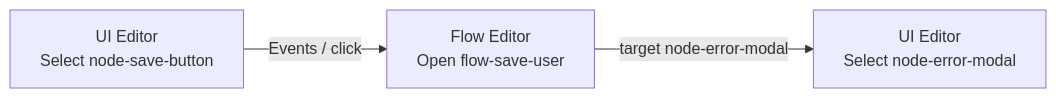
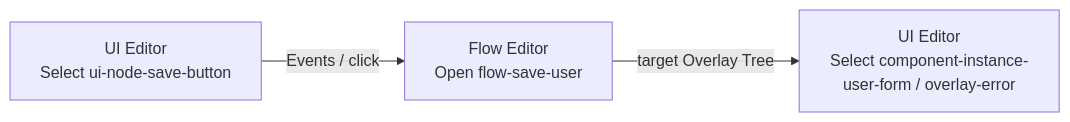
The first of 2 diagrams in docs/architecture/08-editor-preview-and-debugging.md (northwest-hcu/FlagShip), drawn with Mermaid before and after one commit. The commit also changed other lines of this file and 11 other files, not shown here.

Commit message:
docs: align architecture with component ownership model

````diff
--- a/docs/architecture/08-editor-preview-and-debugging.md
+++ b/docs/architecture/08-editor-preview-and-debugging.md
@@ -35,8 +37,8 @@
 ```mermaid
 flowchart LR
-    SelectButton["UI Editor<br/>Select node-save-button"]
+    SelectButton["UI Editor<br/>Select ui-node-save-button"]
     OpenFlow["Flow Editor<br/>Open flow-save-user"]
-    SelectModal["UI Editor<br/>Select node-error-modal"]
+    SelectOverlay["UI Editor<br/>Select component-instance-user-form / overlay-error"]
     SelectButton -->|"Events / click"| OpenFlow
-    OpenFlow -->|"target node-error-modal"| SelectModal
+    OpenFlow -->|"target Overlay Tree"| SelectOverlay
 ```
````
